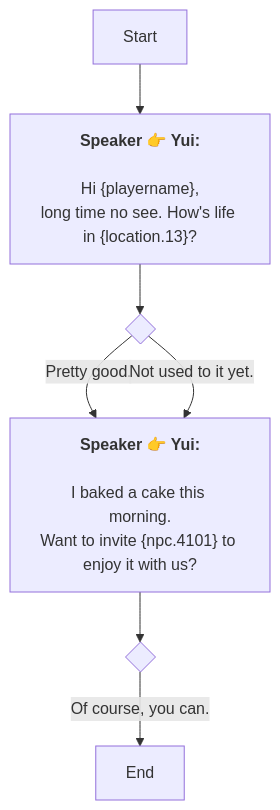
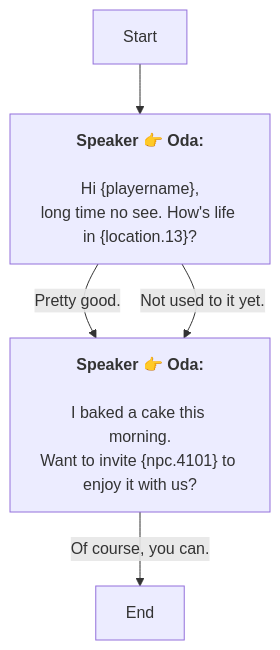
Before and after one commit to SoftHu/tos_avg: the diagram in En/QuestStartTalkENode_1754297752607235.md, drawn with Mermaid. The commit also changed 737 other files, not shown here.

````diff
--- a/En/QuestStartTalkENode_1754297752607235.md
+++ b/En/QuestStartTalkENode_1754297752607235.md
@@ -1,19 +1,14 @@
 ```mermaid
 graph
-Start -->1754297898306054[<b>Speaker 👉 Yui:</b>
+Start -->1754297898306054[<b>Speaker 👉 Oda:</b>
+\nHi &lbrace;playername&rbrace;,
+long time no see. How's life in &lbrace;location.13&rbrace;?]
+1754297898306054 -->|Pretty good.|1754298284307980[<b>Speaker 👉 Oda:</b>
+\nI baked a cake this morning.
+Want to invite &lbrace;npc.4101&rbrace; to enjoy it with us?]
+1754297898306054 -->|Not used to it yet.|1754298284307980[<b>Speaker 👉 Oda:</b>
+\nI baked a cake this morning.
+Want to invite &lbrace;npc.4101&rbrace; to enjoy it with us?]
+1754298284307980 -->|Of course, you can.|1754298319793680[End]
 
-Hi &lbrace;playername&rbrace;,
-long time no see. How's life in &lbrace;location.13&rbrace;?]
-1754297898306054 -->1754297922810375{ }
-1754297922810375 -->|Pretty good.|1754298284307980[<b>Speaker 👉 Yui:</b>
-
-I baked a cake this morning.
-Want to invite &lbrace;npc.4101&rbrace; to enjoy it with us?]
-1754297922810375 -->|Not used to it yet.|1754298284307980[<b>Speaker 👉 Yui:</b>
-
-I baked a cake this morning.
-Want to invite &lbrace;npc.4101&rbrace; to enjoy it with us?]
-1754298284307980 -->1754298305566221{ }
-1754298305566221 -->|Of course, you can.|1754298319793680[End]
-
- ```
+```
````
